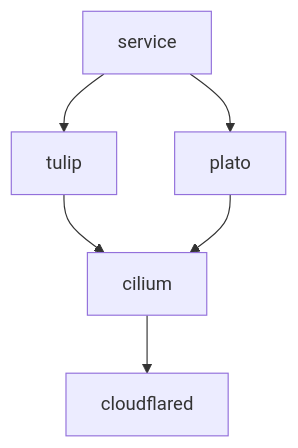
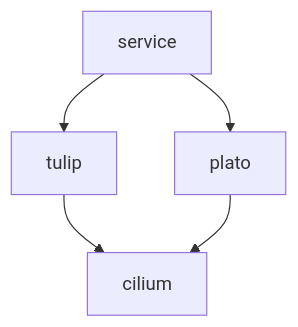
Before and after one commit to kreatoo/k8s: the diagram in README.md, drawn with Mermaid. The commit also changed other lines of this file and 1 other file, not shown here.

Commit message:
gave up on cloudflared

````diff
--- a/README.md
+++ b/README.md
@@ -31,8 +31,7 @@
 ```mermaid
 graph TD;
     service-->tulip
     service-->plato
     tulip-->cilium
     plato-->cilium
-    cilium-->cloudflared
 ```
````
